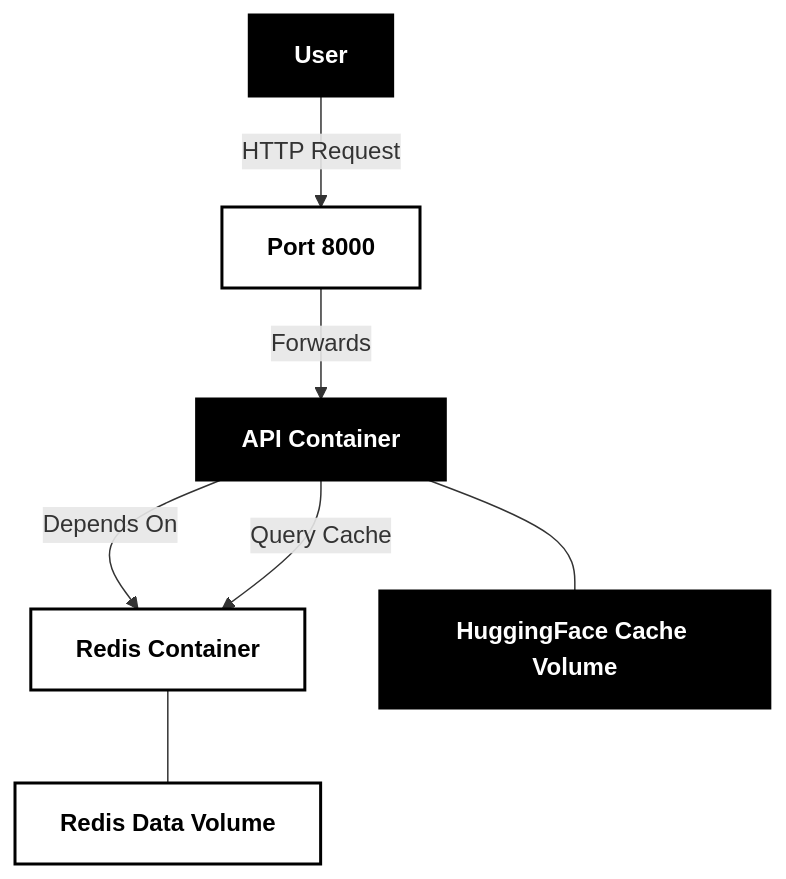
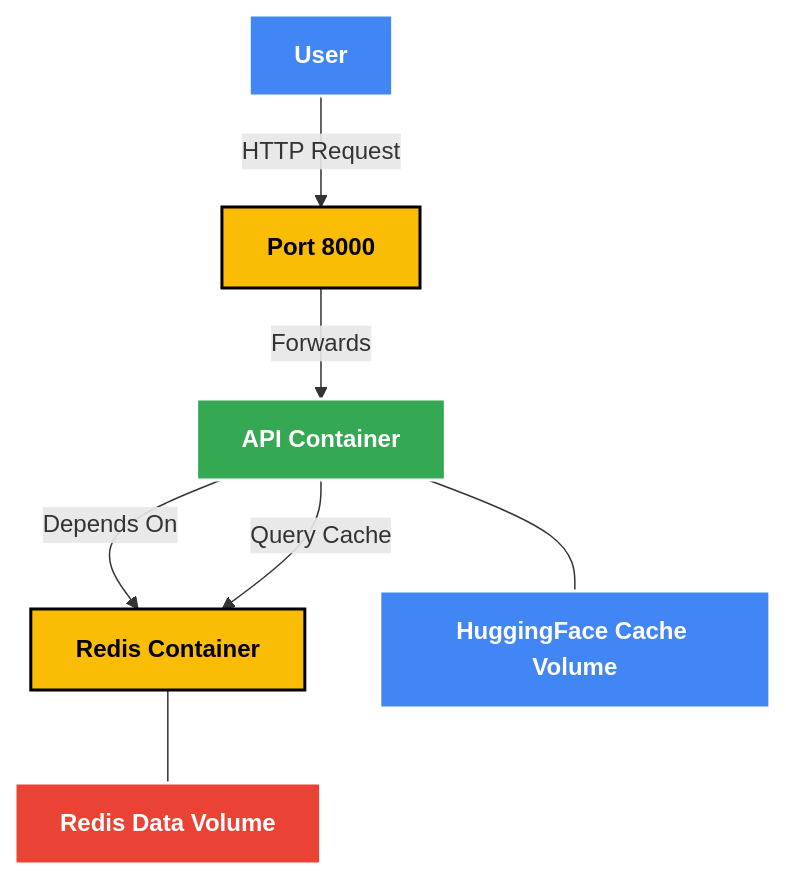
One commit to SoundMindsAI/ai_examples changed the fourth of 5 diagrams in An_LLM_Query_Understanding_Service/README.md. Above: the diagram before and after it, drawn with Mermaid. The commit also changed other lines of this file, not shown here.

Commit message:
Update Mermaid diagram colors to Google-style palette for better visualization

````diff
--- a/An_LLM_Query_Understanding_Service/README.md
+++ b/An_LLM_Query_Understanding_Service/README.md
@@ -174,17 +174,17 @@
 ```mermaid
 graph TB
     User[User] -->|HTTP Request| Port8000[Port 8000]
     Port8000 -->|Forwards| APIContainer[API Container]
     APIContainer -->|Depends On| RedisContainer[Redis Container]
     APIContainer -->|Query Cache| RedisContainer
     
     APIContainer --- Volume1[HuggingFace Cache Volume]
     RedisContainer --- Volume2[Redis Data Volume]
     
-    style APIContainer fill:black,stroke:black,stroke-width:2px,color:white,font-weight:bold
-    style RedisContainer fill:white,stroke:black,stroke-width:2px,color:black,font-weight:bold
-    style Volume1 fill:black,stroke:black,stroke-width:2px,color:white,font-weight:bold
-    style Volume2 fill:white,stroke:black,stroke-width:2px,color:black,font-weight:bold
-    style User fill:black,stroke:black,stroke-width:2px,color:white,font-weight:bold
-    style Port8000 fill:white,stroke:black,stroke-width:2px,color:black,font-weight:bold
+    style APIContainer fill:#34A853,stroke:#ffffff,stroke-width:2px,color:white,font-weight:bold
+    style RedisContainer fill:#FBBC05,stroke:#000000,stroke-width:2px,color:black,font-weight:bold
+    style Volume1 fill:#4285F4,stroke:#ffffff,stroke-width:2px,color:white,font-weight:bold
+    style Volume2 fill:#EA4335,stroke:#ffffff,stroke-width:2px,color:white,font-weight:bold
+    style User fill:#4285F4,stroke:#ffffff,stroke-width:2px,color:white,font-weight:bold
+    style Port8000 fill:#FBBC05,stroke:#000000,stroke-width:2px,color:black,font-weight:bold
 ```
````
